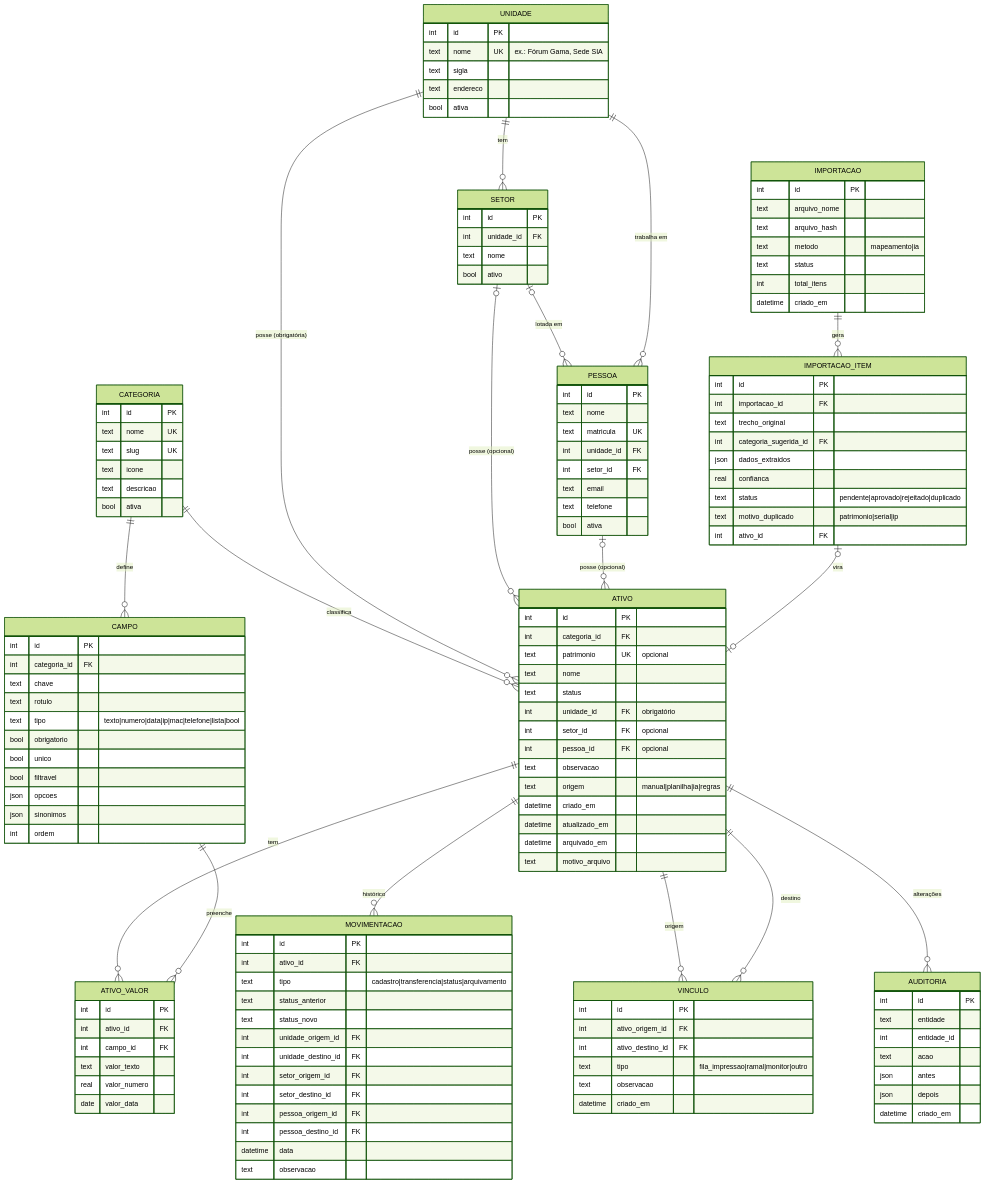
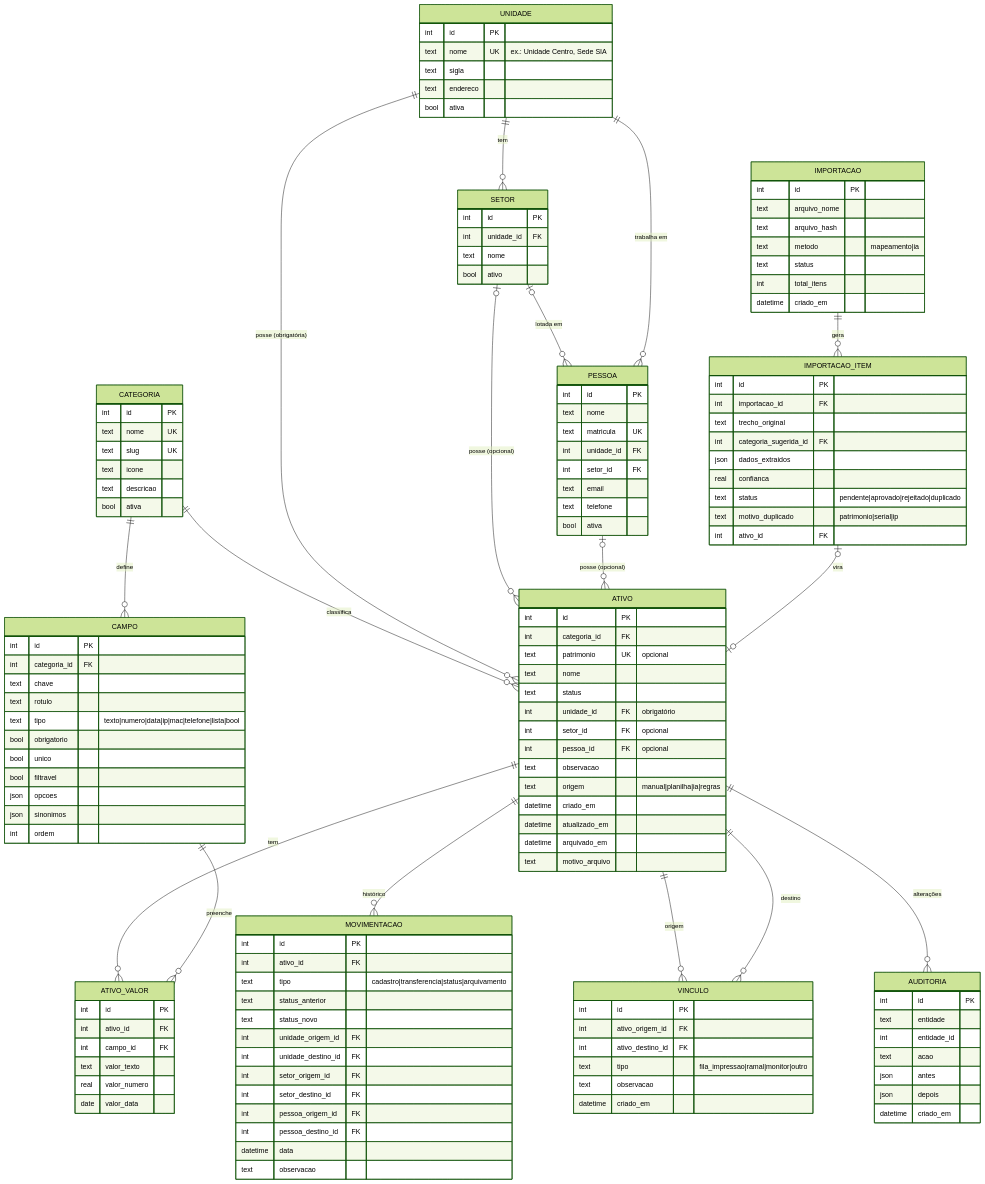
One commit to victormiguelgta-dev/Sistema-de-Controle-de-Patrim-nio changed the fourth of 4 diagrams in docs/ARQUITETURA.md. Above: the diagram before and after it, drawn with Mermaid (forest theme). The commit also changed other lines of this file and 6 other files, not shown here.

```diff
--- a/docs/ARQUITETURA.md
+++ b/docs/ARQUITETURA.md
@@ -184,7 +184,7 @@
   }
   UNIDADE {
     int id PK
-    text nome UK "ex.: Fórum Gama, Sede SIA"
+    text nome UK "ex.: Unidade Centro, Sede SIA"
     text sigla
     text endereco
     bool ativa
```
